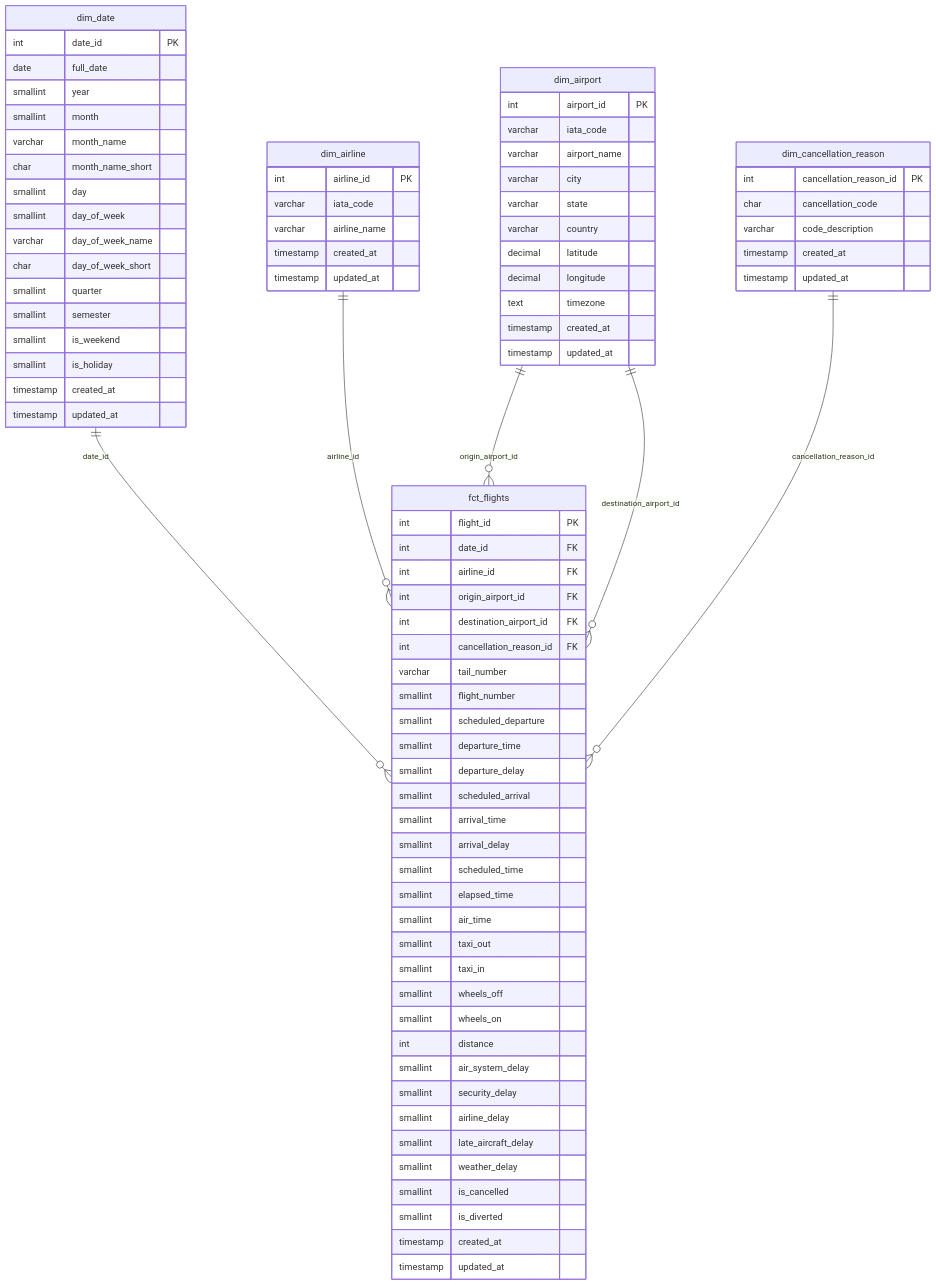
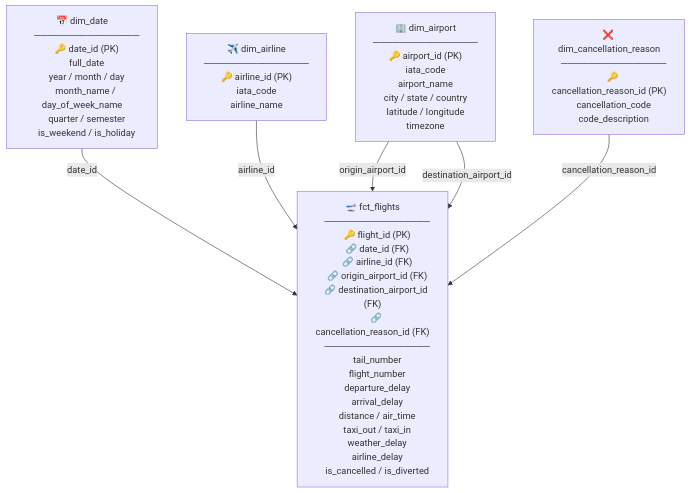
The diagram in docs/star_schema.md (Michael-2405/flight-delays-analysis), drawn with Mermaid before and after one commit. The commit also changed other lines of this file and 5 other files, not shown here.

Commit message:
docs: replace erDiagram with flowchart in star schema

````diff
--- a/docs/star_schema.md
+++ b/docs/star_schema.md
@@ -3,92 +3,57 @@
 ```mermaid
-erDiagram
+flowchart TB
+    dim_date["📅 dim_date
+    ────────────────
+    🔑 date_id (PK)
+    full_date
+    year / month / day
+    month_name / day_of_week_name
+    quarter / semester
+    is_weekend / is_holiday"]
 
-    dim_date {
-        int date_id PK
-        date full_date
-        smallint year
-        smallint month
-        varchar month_name
-        char month_name_short
-        smallint day
-        smallint day_of_week
-        varchar day_of_week_name
-        char day_of_week_short
-        smallint quarter
-        smallint semester
-        smallint is_weekend
-        smallint is_holiday
-        timestamp created_at
-        timestamp updated_at
-    }
+    dim_airline["✈️ dim_airline
+    ────────────────
+    🔑 airline_id (PK)
+    iata_code
+    airline_name"]
 
-    dim_airline {
-        int airline_id PK
-        varchar iata_code
-        varchar airline_name
-        timestamp created_at
-        timestamp updated_at
-    }
+    dim_airport["🏢 dim_airport
+    ────────────────
+    🔑 airport_id (PK)
+    iata_code
+    airport_name
+    city / state / country
+    latitude / longitude
+    timezone"]
 
-    dim_airport {
-        int airport_id PK
-        varchar iata_code
-        varchar airport_name
-        varchar city
-        varchar state
-        varchar country
-        decimal latitude
-        decimal longitude
-        text timezone
-        timestamp created_at
-        timestamp updated_at
-    }
+    dim_cancellation["❌ dim_cancellation_reason
+    ────────────────
+    🔑 cancellation_reason_id (PK)
+    cancellation_code
+    code_description"]
 
-    dim_cancellation_reason {
-        int cancellation_reason_id PK
-        char cancellation_code
-        varchar code_description
-        timestamp created_at
-        timestamp updated_at
-    }
+    fct_flights["🛫 fct_flights
+    ────────────────
+    🔑 flight_id (PK)
+    🔗 date_id (FK)
+    🔗 airline_id (FK)
+    🔗 origin_airport_id (FK)
+    🔗 destination_airport_id (FK)
+    🔗 cancellation_reason_id (FK)
+    ────────────────
+    tail_number
+    flight_number
+    departure_delay
+    arrival_delay
+    distance / air_time
+    taxi_out / taxi_in
+    weather_delay
+    airline_delay
+    is_cancelled / is_diverted"]
 
-    fct_flights {
-        int flight_id PK
-        int date_id FK
-        int airline_id FK
-        int origin_airport_id FK
-        int destination_airport_id FK
-        int cancellation_reason_id FK
-        varchar tail_number
-        smallint flight_number
-        smallint scheduled_departure
-        smallint departure_time
-        smallint departure_delay
-        smallint scheduled_arrival
-        smallint arrival_time
-        smallint arrival_delay
-        smallint scheduled_time
-        smallint elapsed_time
-        smallint air_time
-        smallint taxi_out
-        smallint taxi_in
-        smallint wheels_off
-        smallint wheels_on
-        int distance
-        smallint air_system_delay
-        smallint security_delay
-        smallint airline_delay
-        smallint late_aircraft_delay
-        smallint weather_delay
-        smallint is_cancelled
-        smallint is_diverted
-        timestamp created_at
-        timestamp updated_at
-    }
-
-    dim_date ||--o{ fct_flights : "date_id"
-    dim_airline ||--o{ fct_flights : "airline_id"
-    dim_airport ||--o{ fct_flights : "origin_airport_id"
-    dim_airport ||--o{ fct_flights : "destination_airport_id"
-    dim_cancellation_reason ||--o{ fct_flights : "cancellation_reason_id"
+    dim_date -->|date_id| fct_flights
+    dim_airline -->|airline_id| fct_flights
+    dim_airport -->|origin_airport_id| fct_flights
+    dim_airport -->|destination_airport_id| fct_flights
+    dim_cancellation -->|cancellation_reason_id| fct_flights
 ```
````
